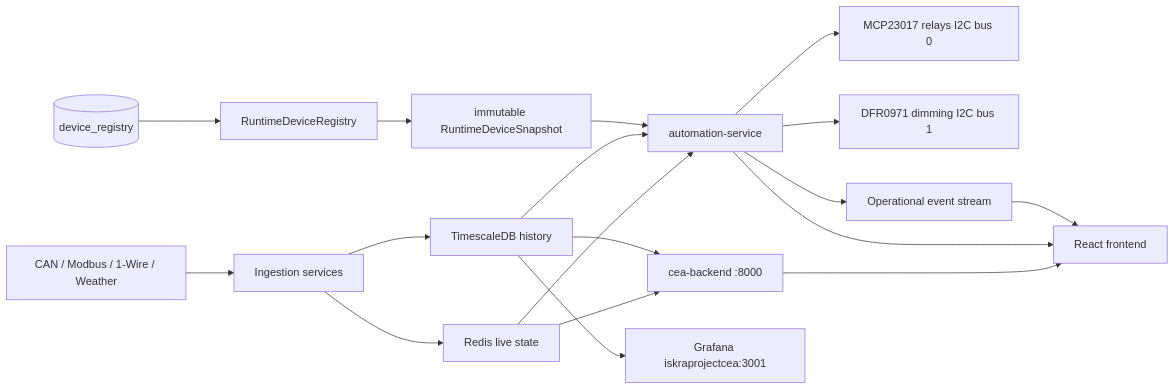
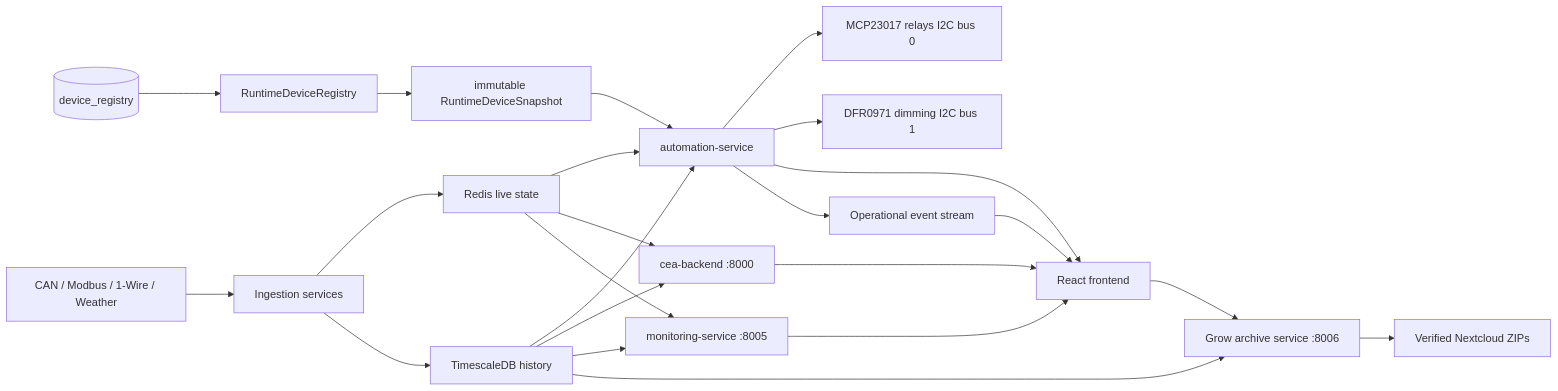
Before and after one commit to Phoenix5595/ProjectCEA: the diagram in ARCHITECTURE.md, drawn with Mermaid. The commit also changed other lines of this file and 277 other files, not shown here.

First line of the commit message:
Source-resident grow archive lifecycle, verified deletion, sj_cea rename deploy, Iskra/Grafana retirement

````diff
--- a/ARCHITECTURE.md
+++ b/ARCHITECTURE.md
@@ -7,20 +7,25 @@
 ```mermaid
 flowchart LR
   Sensors[CAN / Modbus / 1-Wire / Weather] --> Ingest[Ingestion services]
   Ingest --> Redis[Redis live state]
   Ingest --> Timescale[TimescaleDB history]
   Redis --> Automation[automation-service]
   Timescale --> Automation
   Registry[(device_registry)] --> Runtime[RuntimeDeviceRegistry]
   Runtime --> Snapshot[immutable RuntimeDeviceSnapshot]
   Snapshot --> Automation
   Automation --> MCP[MCP23017 relays I2C bus 0]
   Automation --> DFR[DFR0971 dimming I2C bus 1]
   Redis --> Backend[cea-backend :8000]
   Timescale --> Backend
   Backend --> Frontend[React frontend]
   Automation --> Frontend
   Automation --> Events[Operational event stream]
   Events --> Frontend
-  Timescale --> Grafana[Grafana iskraprojectcea:3001]
+  Timescale --> MonitoringSvc[monitoring-service :8005]
+  Redis --> MonitoringSvc
+  MonitoringSvc --> Frontend
+  Timescale --> Archive[Grow archive service :8006]
+  Archive --> ZIPStore[Verified Nextcloud ZIPs]
+  Frontend --> Archive
 ```
````
